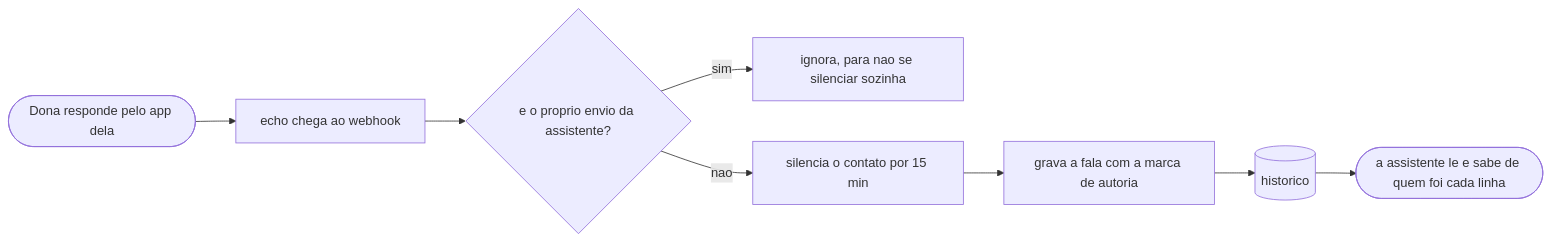
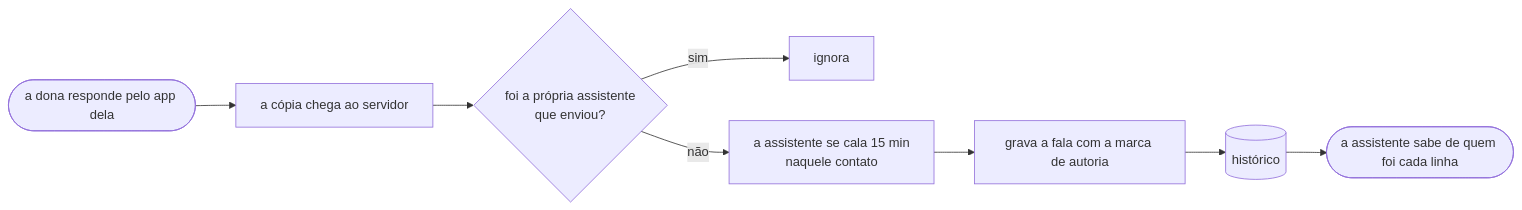
The third of 4 diagrams in README.md (andrenv14/sofia-vitrine), drawn with Mermaid before and after one commit. The commit also changed other lines of this file, not shown here.

First line of the commit message:
README: mais facil de ler, sem mudar o que afirma

````diff
--- a/README.md
+++ b/README.md
@@ -276,10 +290,10 @@
 ```mermaid
 flowchart LR
-    DONA([Dona responde pelo app dela]) --> ECHO[echo chega ao webhook]
-    ECHO --> MEU{e o proprio envio da assistente?}
-    MEU -->|sim| IGN[ignora, para nao se silenciar sozinha]
-    MEU -->|nao| CALA[silencia o contato por 15 min]
-    CALA --> MARCA[grava a fala com a marca de autoria]
-    MARCA --> HIST[(historico)]
-    HIST --> SOFIA([a assistente le e sabe de quem foi cada linha])
+    DONA(["a dona responde pelo app dela"]) --> ECHO["a cópia chega ao servidor"]
+    ECHO --> MEU{"foi a própria assistente<br/>que enviou?"}
+    MEU -->|"sim"| IGN["ignora"]
+    MEU -->|"não"| CALA["a assistente se cala 15 min<br/>naquele contato"]
+    CALA --> MARCA["grava a fala com a marca de autoria"]
+    MARCA --> HIST[("histórico")]
+    HIST --> SOFIA(["a assistente sabe de quem foi cada linha"])
 ```
````
